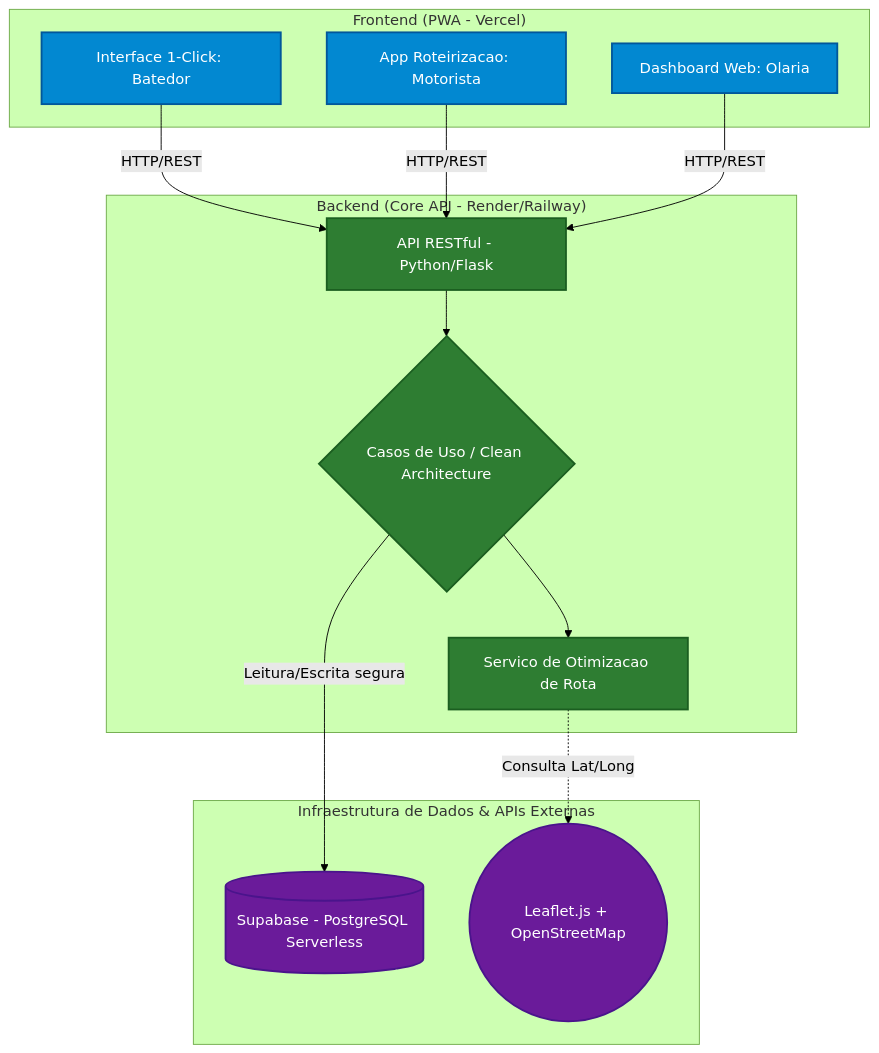
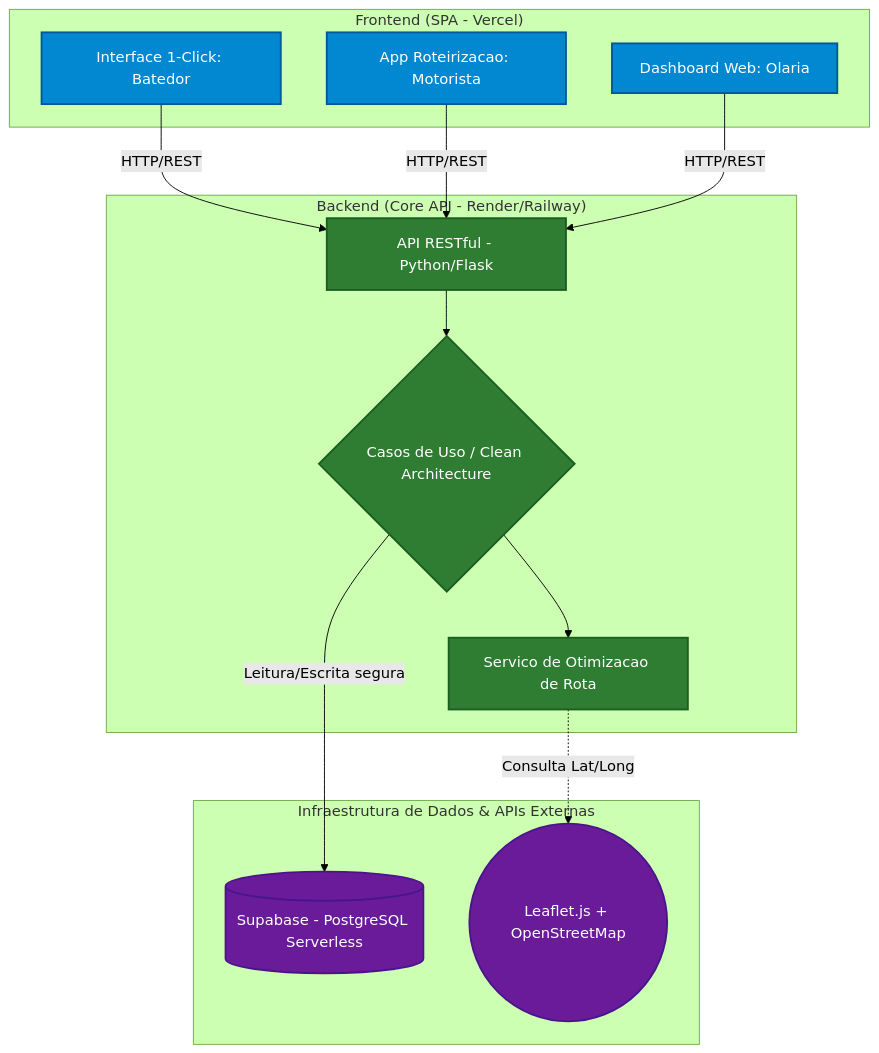
Before and after one commit to MCTHIAS/acailoop: the second of 2 diagrams in README.md, drawn with Mermaid (forest theme). The commit also changed other lines of this file, not shown here.

Commit message:
docs: update README to reflect complete MVP with clean architecture and full stack

````diff
--- a/README.md
+++ b/README.md
@@ -116,37 +132,37 @@
 ```mermaid
 graph TD
-    subgraph "Frontend (PWA - Vercel)"
+    subgraph "Frontend (SPA - Vercel)"
         UI_Batedor[Interface 1-Click: Batedor]
         UI_Motorista[App Roteirizacao: Motorista]
         UI_Olaria[Dashboard Web: Olaria]
     end
 
     subgraph "Backend (Core API - Render/Railway)"
         API[API RESTful - Python/Flask]
         UseCases{Casos de Uso / Clean Architecture}
         Router[Servico de Otimizacao de Rota]
     end
 
     subgraph "Infraestrutura de Dados & APIs Externas"
         DB[(Supabase - PostgreSQL Serverless)]
         Mapas((Leaflet.js + OpenStreetMap))
     end
 
     UI_Batedor -->|HTTP/REST| API
     UI_Motorista -->|HTTP/REST| API
     UI_Olaria -->|HTTP/REST| API
 
     API --> UseCases
     UseCases --> Router
 
     Router -.->|Consulta Lat/Long| Mapas
     UseCases -->|Leitura/Escrita segura| DB
 
     classDef frontend fill:#0288d1,stroke:#01579b,color:#ffffff,stroke-width:2px
     classDef backend fill:#2e7d32,stroke:#1b5e20,color:#ffffff,stroke-width:2px
     classDef infra fill:#6a1b9a,stroke:#4a148c,color:#ffffff,stroke-width:2px
 
     class UI_Batedor,UI_Motorista,UI_Olaria frontend
     class API,UseCases,Router backend
     class DB,Mapas infra
 ```
````
